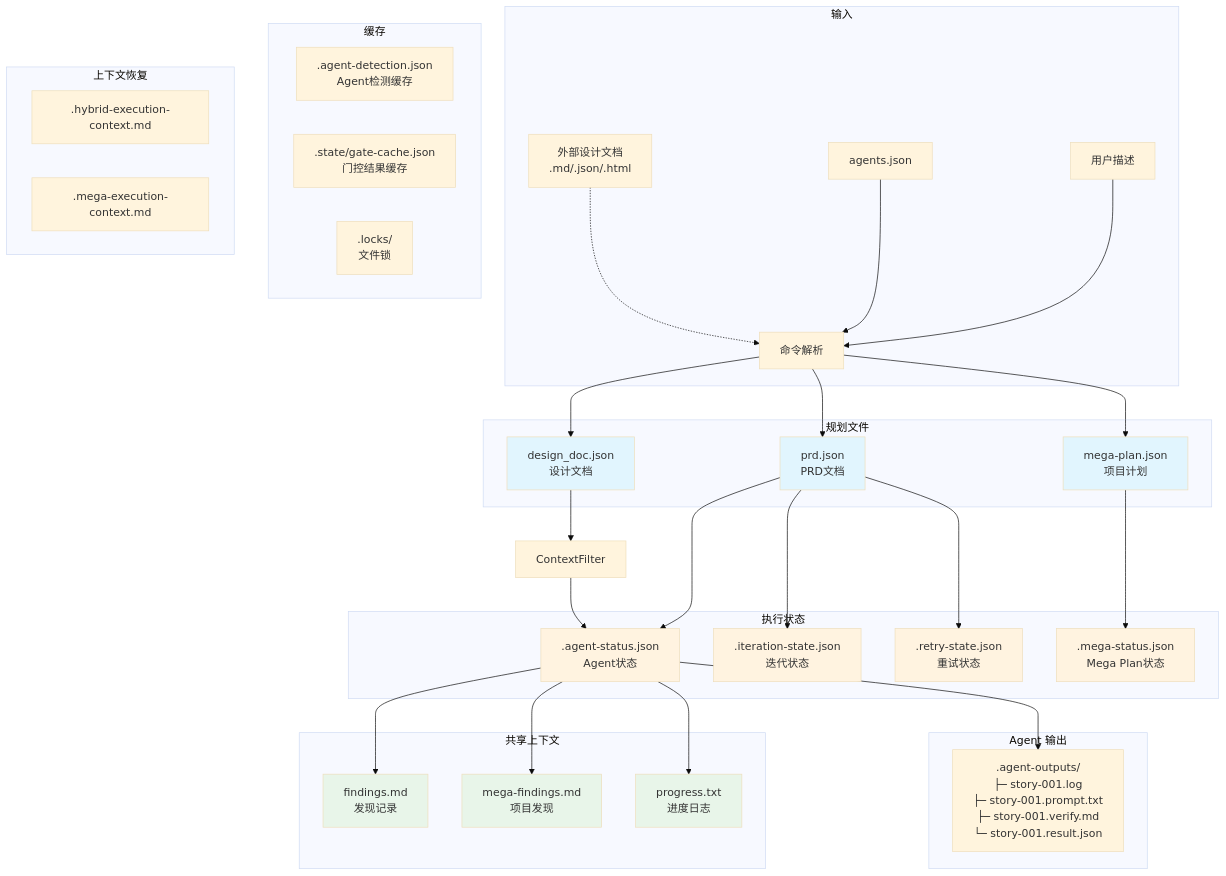
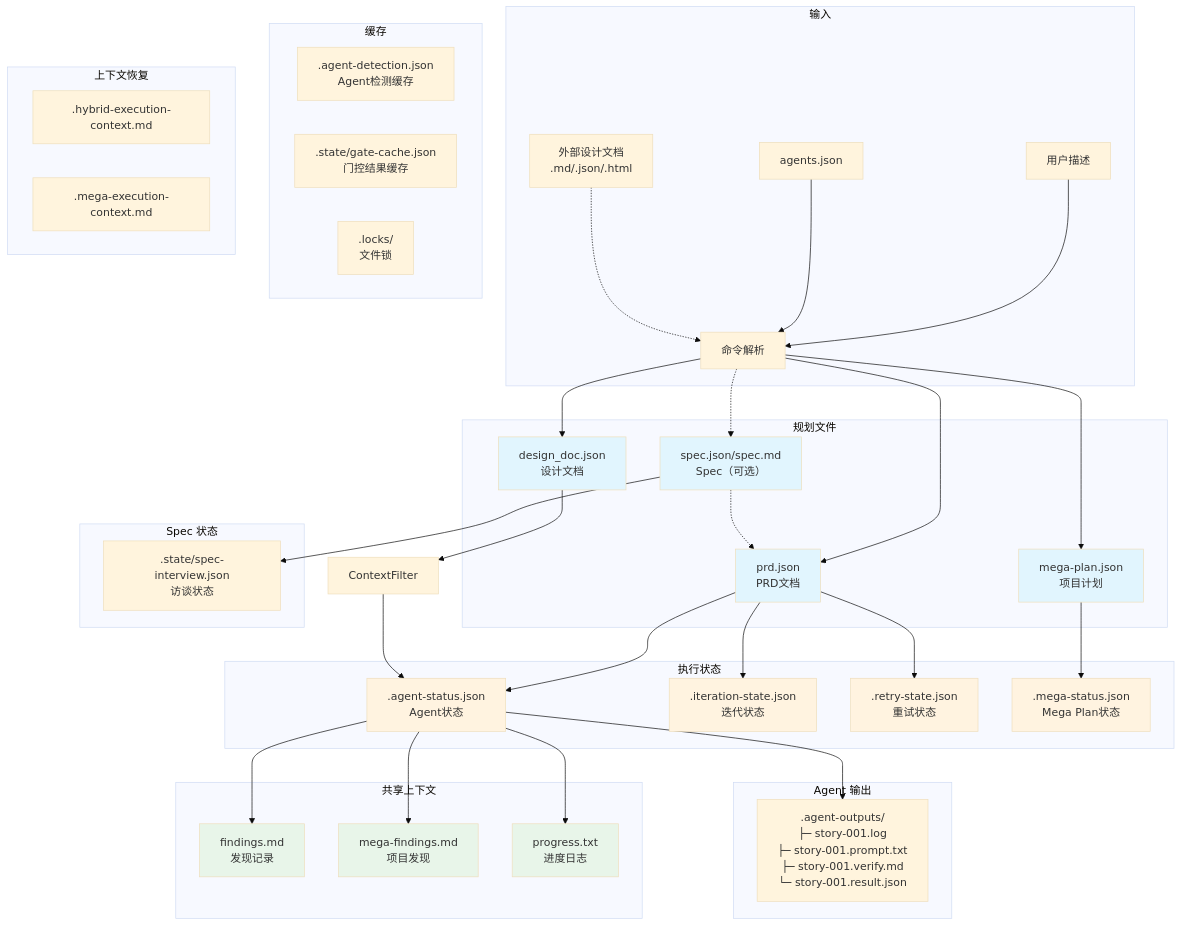
Before and after one commit to Taoidle/plan-cascade: diagram 19 of 19 in docs/System-Architecture_zh.md, drawn with Mermaid (base theme). The commit also changed other lines of this file and 47 other files, not shown here.

Commit message:
feat: spec interview workflow + plugin docs

````diff
--- a/docs/System-Architecture_zh.md
+++ b/docs/System-Architecture_zh.md
@@ -1422,56 +1517,64 @@
 ```mermaid
 graph TB
     subgraph "输入"
         U[用户描述] --> CMD[命令解析]
         CFG[agents.json] --> CMD
         EXT[外部设计文档<br/>.md/.json/.html] -.-> CMD
     end
 
     subgraph "规划文件"
         CMD --> PRD[prd.json<br/>PRD文档]
+        CMD -.-> SPEC[spec.json/spec.md<br/>Spec（可选）]
+        SPEC -.-> PRD
         CMD --> MP[mega-plan.json<br/>项目计划]
         CMD --> DD[design_doc.json<br/>设计文档]
     end
 
     subgraph "执行状态"
         PRD --> AS[.agent-status.json<br/>Agent状态]
         PRD --> IS[.iteration-state.json<br/>迭代状态]
         PRD --> RS[.retry-state.json<br/>重试状态]
         MP --> MS[.mega-status.json<br/>Mega Plan状态]
     end
 
     subgraph "共享上下文"
         AS --> FD[findings.md<br/>发现记录]
         AS --> MF[mega-findings.md<br/>项目发现]
         AS --> PG[progress.txt<br/>进度日志]
     end
 
     subgraph "Agent 输出"
         AS --> AO[.agent-outputs/<br/>├─ story-001.log<br/>├─ story-001.prompt.txt<br/>├─ story-001.verify.md<br/>└─ story-001.result.json]
     end
 
     subgraph "缓存"
         AD[.agent-detection.json<br/>Agent检测缓存]
         GCF[.state/gate-cache.json<br/>门控结果缓存]
         LK[.locks/<br/>文件锁]
     end
 
+    subgraph "Spec 状态"
+        SIS[.state/spec-interview.json<br/>访谈状态]
+    end
+
     subgraph "上下文恢复"
         HEC[.hybrid-execution-context.md]
         MEC[.mega-execution-context.md]
     end
 
     DD --> CF[ContextFilter]
+    SPEC --> SIS
     CF --> AS
 
     style PRD fill:#e1f5fe
+    style SPEC fill:#e1f5fe
     style MP fill:#e1f5fe
     style DD fill:#e1f5fe
     style AS fill:#fff3e0
     style IS fill:#fff3e0
     style RS fill:#fff3e0
     style MS fill:#fff3e0
     style FD fill:#e8f5e9
     style MF fill:#e8f5e9
     style PG fill:#e8f5e9
 ```
````
